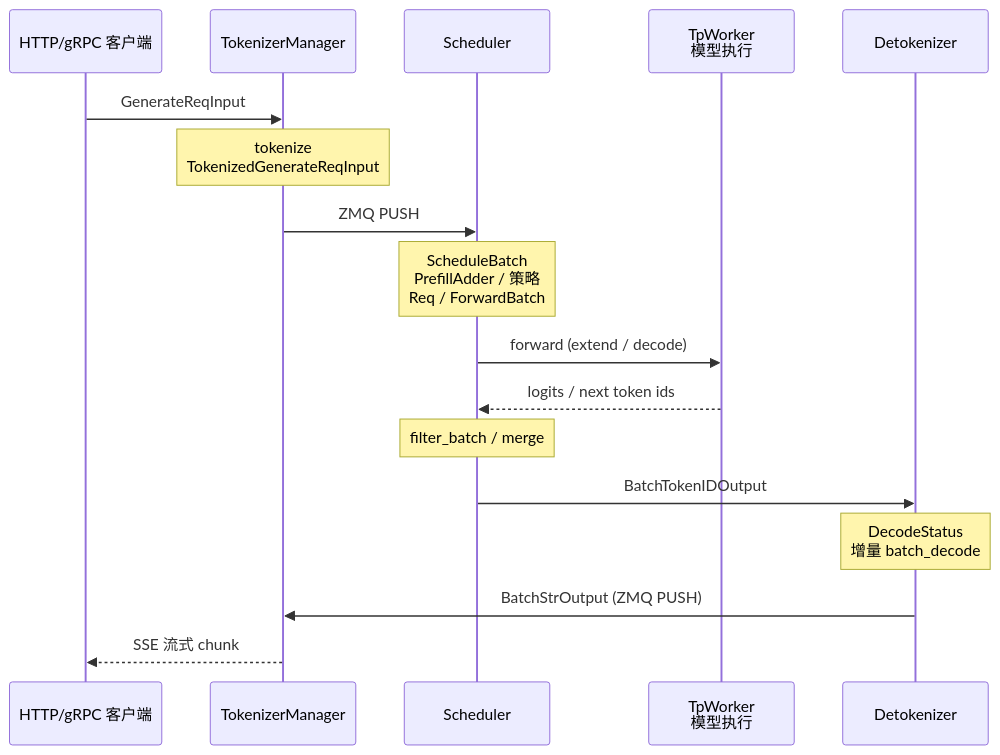
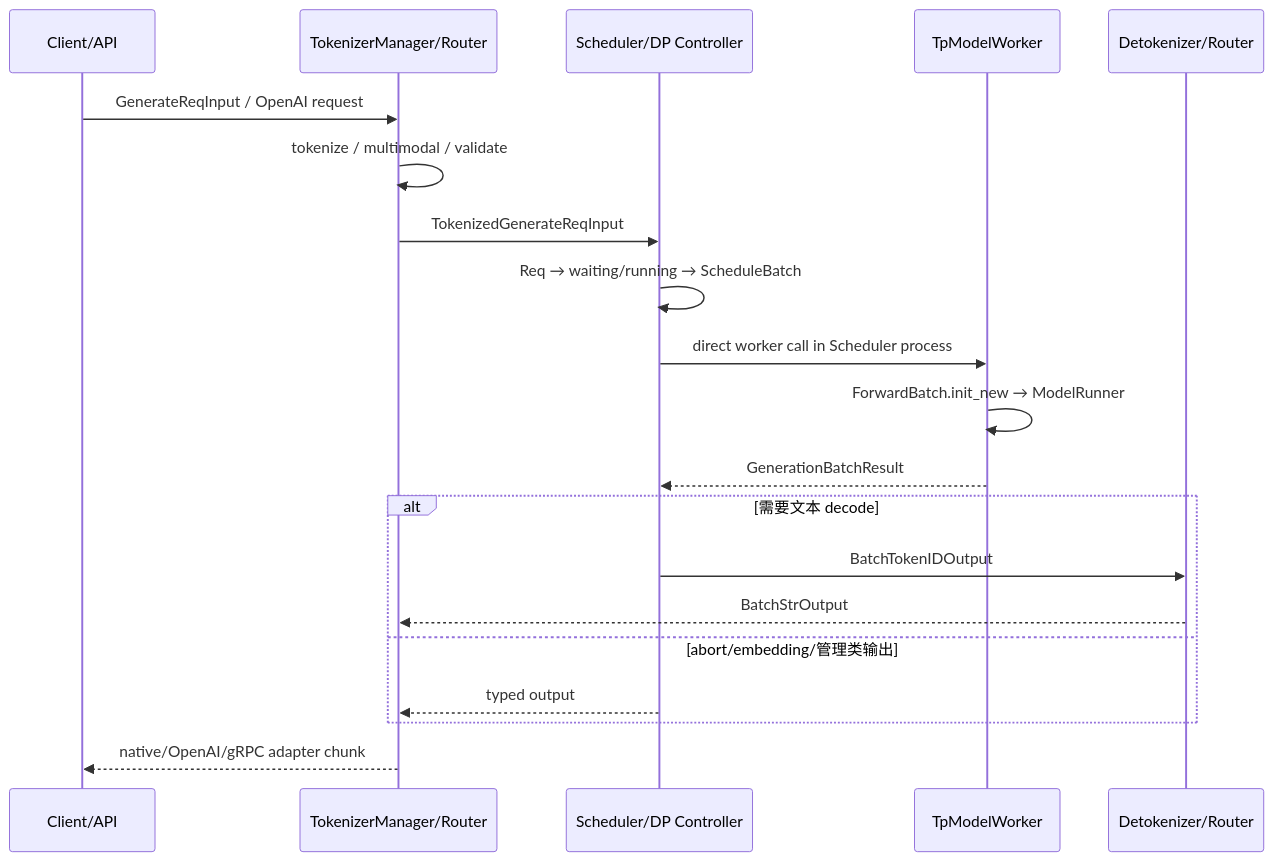
The diagram in sglang_reading/请求调度/SGLang-请求调度.md (OnlyHero5/sglang-reading-vault), drawn with Mermaid before and after one commit. The commit also changed other lines of this file and 512 other files, not shown here.

````diff
--- a/sglang_reading/请求调度/SGLang-请求调度.md
+++ b/sglang_reading/请求调度/SGLang-请求调度.md
@@ -41,20 +41,23 @@
 ```mermaid
 sequenceDiagram
- participant Client as HTTP/gRPC 客户端
- participant TM as TokenizerManager
- participant SCH as Scheduler
- participant TW as TpWorker<br/>模型执行
- participant DT as Detokenizer
+    participant C as Client/API
+    participant T as TokenizerManager/Router
+    participant S as Scheduler/DP Controller
+    participant W as TpModelWorker
+    participant D as Detokenizer/Router
 
- Client->>TM: GenerateReqInput
- Note over TM: tokenize<br/>TokenizedGenerateReqInput
- TM->>SCH: ZMQ PUSH
- Note over SCH: ScheduleBatch<br/>PrefillAdder / 策略<br/>Req / ForwardBatch
- SCH->>TW: forward (extend / decode)
- TW-->>SCH: logits / next token ids
- Note over SCH: filter_batch / merge
- SCH->>DT: BatchTokenIDOutput
- Note over DT: DecodeStatus<br/>增量 batch_decode
- DT->>TM: BatchStrOutput (ZMQ PUSH)
- TM-->>Client: SSE 流式 chunk
+    C->>T: GenerateReqInput / OpenAI request
+    T->>T: tokenize / multimodal / validate
+    T->>S: TokenizedGenerateReqInput
+    S->>S: Req → waiting/running → ScheduleBatch
+    S->>W: direct worker call in Scheduler process
+    W->>W: ForwardBatch.init_new → ModelRunner
+    W-->>S: GenerationBatchResult
+    alt 需要文本 decode
+        S->>D: BatchTokenIDOutput
+        D-->>T: BatchStrOutput
+    else abort/embedding/管理类输出
+        S-->>T: typed output
+    end
+    T-->>C: native/OpenAI/gRPC adapter chunk
 ```
````
